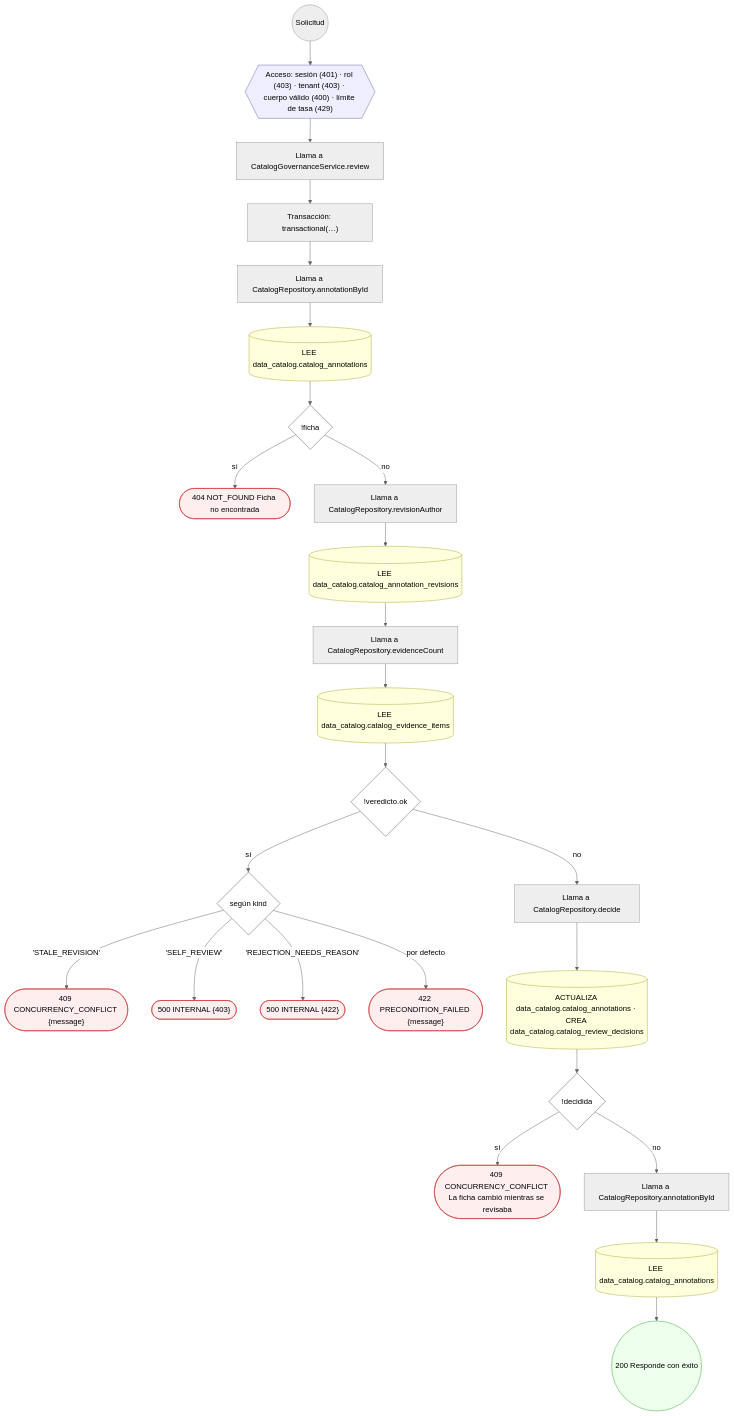
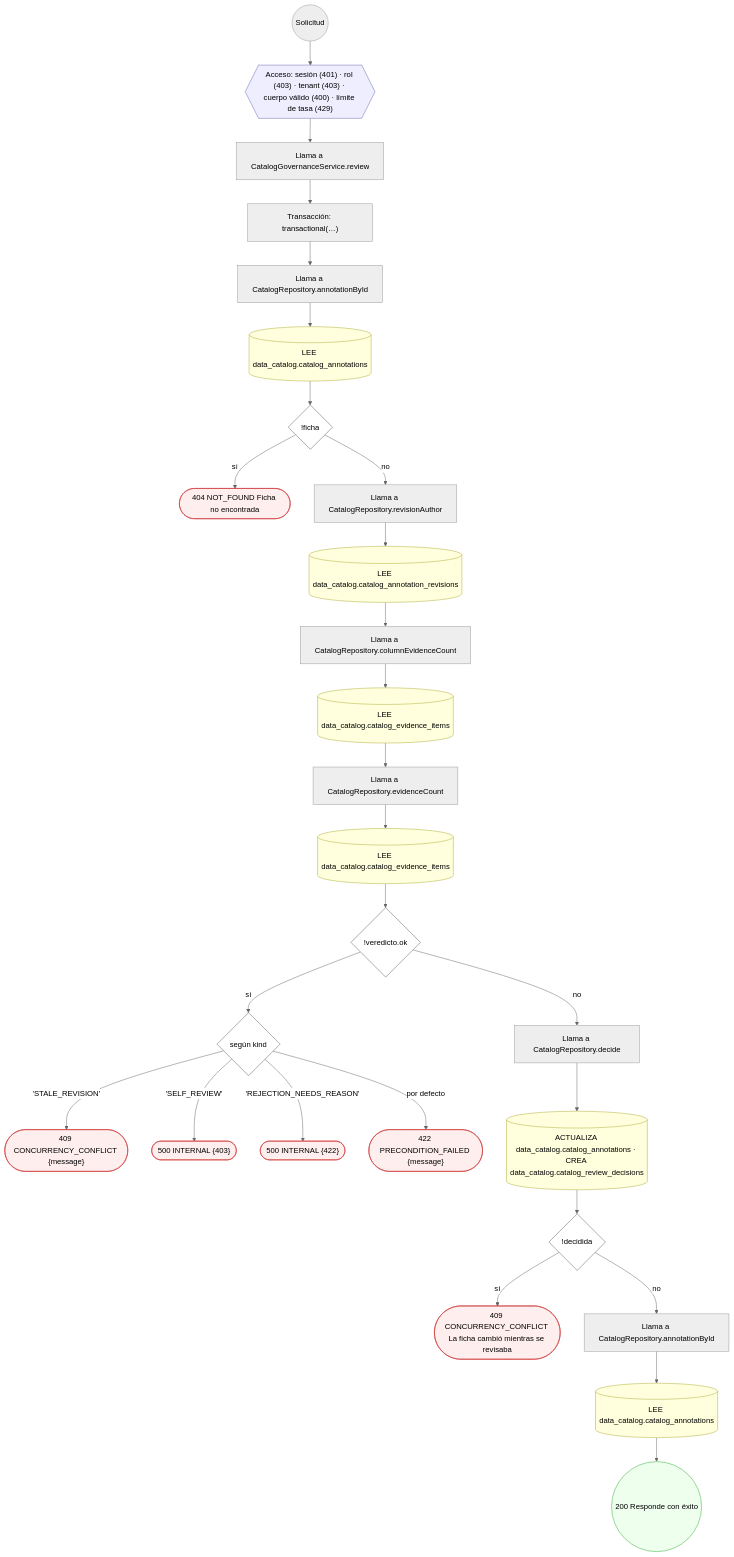
The fourth of 37 diagrams in docs/inventario/flujos/data_catalog.md (mdavila-2001/mantra-core-health-api), drawn with Mermaid (neutral theme) before and after one commit. The commit also changed other lines of this file and 438 other files, not shown here.

````diff
--- a/docs/inventario/flujos/data_catalog.md
+++ b/docs/inventario/flujos/data_catalog.md
@@ -313,58 +408,62 @@
 ```mermaid
 flowchart TD
   n1(("Solicitud")):::inicio
   n2{{"Acceso: sesión (401) · rol (403) · tenant (403) · cuerpo válido (400) · límite de tasa (429)"}}:::acceso
   n1 --> n2
   n3["Llama a CatalogGovernanceService.review"]:::llamada
   n2 --> n3
   n4["Transacción: transactional(…)"]:::transaccion
   n3 --> n4
   n5["Llama a CatalogRepository.annotationById"]:::llamada
   n4 --> n5
   n6[("LEE data_catalog.catalog_annotations")]:::efecto
   n5 --> n6
   n7{"!ficha"}:::decision
   n6 --> n7
   n8(["404 NOT_FOUND Ficha no encontrada"]):::error
   n7 -->|"sí"| n8
   n9["Llama a CatalogRepository.revisionAuthor"]:::llamada
   n7 -->|"no"| n9
   n10[("LEE data_catalog.catalog_annotation_revisions")]:::efecto
   n9 --> n10
-  n11["Llama a CatalogRepository.evidenceCount"]:::llamada
+  n11["Llama a CatalogRepository.columnEvidenceCount"]:::llamada
   n10 --> n11
   n12[("LEE data_catalog.catalog_evidence_items")]:::efecto
   n11 --> n12
-  n13{"!veredicto.ok"}:::decision
+  n13["Llama a CatalogRepository.evidenceCount"]:::llamada
   n12 --> n13
-  n14{"según kind"}:::decision
-  n13 -->|"sí"| n14
-  n15(["409 CONCURRENCY_CONFLICT {message}"]):::error
-  n14 -->|"'STALE_REVISION'"| n15
-  n16(["500 INTERNAL {403}"]):::error
-  n14 -->|"'SELF_REVIEW'"| n16
-  n17(["500 INTERNAL {422}"]):::error
-  n14 -->|"'REJECTION_NEEDS_REASON'"| n17
-  n18(["422 PRECONDITION_FAILED {message}"]):::error
-  n14 -->|"por defecto"| n18
-  n19["Llama a CatalogRepository.decide"]:::llamada
-  n13 -->|"no"| n19
-  n20[("ACTUALIZA data_catalog.catalog_annotations · CREA data_catalog.catalog_review_decisions")]:::efecto
-  n19 --> n20
-  n21{"!decidida"}:::decision
-  n20 --> n21
-  n22(["409 CONCURRENCY_CONFLICT La ficha cambió mientras se revisaba"]):::error
-  n21 -->|"sí"| n22
-  n23["Llama a CatalogRepository.annotationById"]:::llamada
-  n21 -->|"no"| n23
-  n24[("LEE data_catalog.catalog_annotations")]:::efecto
-  n23 --> n24
-  n25(("200 Responde con éxito")):::ok
-  n24 --> n25
+  n14[("LEE data_catalog.catalog_evidence_items")]:::efecto
+  n13 --> n14
+  n15{"!veredicto.ok"}:::decision
+  n14 --> n15
+  n16{"según kind"}:::decision
+  n15 -->|"sí"| n16
+  n17(["409 CONCURRENCY_CONFLICT {message}"]):::error
+  n16 -->|"'STALE_REVISION'"| n17
+  n18(["500 INTERNAL {403}"]):::error
+  n16 -->|"'SELF_REVIEW'"| n18
+  n19(["500 INTERNAL {422}"]):::error
+  n16 -->|"'REJECTION_NEEDS_REASON'"| n19
+  n20(["422 PRECONDITION_FAILED {message}"]):::error
+  n16 -->|"por defecto"| n20
+  n21["Llama a CatalogRepository.decide"]:::llamada
+  n15 -->|"no"| n21
+  n22[("ACTUALIZA data_catalog.catalog_annotations · CREA data_catalog.catalog_review_decisions")]:::efecto
+  n21 --> n22
+  n23{"!decidida"}:::decision
+  n22 --> n23
+  n24(["409 CONCURRENCY_CONFLICT La ficha cambió mientras se revisaba"]):::error
+  n23 -->|"sí"| n24
+  n25["Llama a CatalogRepository.annotationById"]:::llamada
+  n23 -->|"no"| n25
+  n26[("LEE data_catalog.catalog_annotations")]:::efecto
+  n25 --> n26
+  n27(("200 Responde con éxito")):::ok
+  n26 --> n27
   classDef acceso fill:#eef,stroke:#66a
   classDef error fill:#fee,stroke:#c33
   classDef ok fill:#efe,stroke:#3a3
   classDef efecto fill:#ffd,stroke:#aa3
   classDef decision fill:#fff,stroke:#555
   classDef corte fill:#eee,stroke:#999,stroke-dasharray: 4
 ```
````
